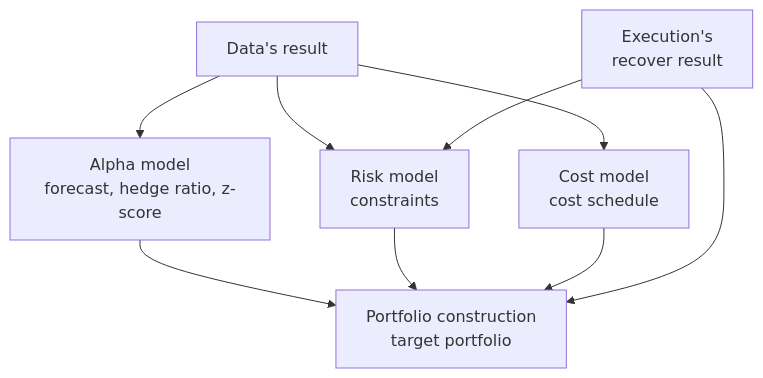
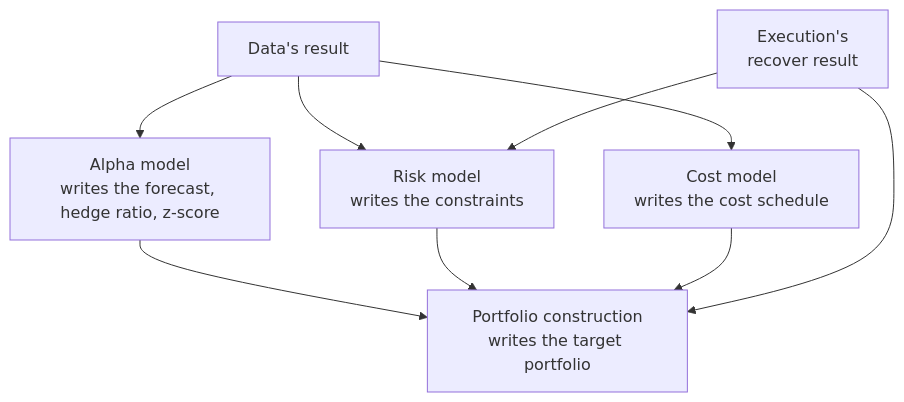
One commit to l3a0/ithildin-runtime changed diagram 18 of 35 in docs/architecture.md. Above: the diagram before and after it, drawn with Mermaid. The commit also changed other lines of this file and 2 other files, not shown here.

First line of the commit message:
docs: restyle the words in the Mermaid diagrams

````diff
--- a/docs/architecture.md
+++ b/docs/architecture.md
@@ -1046,11 +1046,11 @@
 ```mermaid
 flowchart TB
-    data["Data's result"] --> alpha["Alpha model<br/>forecast, hedge ratio, z-score"]
-    data --> risk["Risk model<br/>constraints"]
-    data --> cost["Cost model<br/>cost schedule"]
-    alpha --> pc["Portfolio construction<br/>target portfolio"]
+    data["Data's result"] --> alpha["Alpha model<br/>writes the forecast, hedge ratio, z-score"]
+    data --> risk["Risk model<br/>writes the constraints"]
+    data --> cost["Cost model<br/>writes the cost schedule"]
+    alpha --> pc["Portfolio construction<br/>writes the target portfolio"]
     risk --> pc
     cost --> pc
     recover["Execution's<br/>recover result"] --> risk
     recover --> pc
 ```
````
